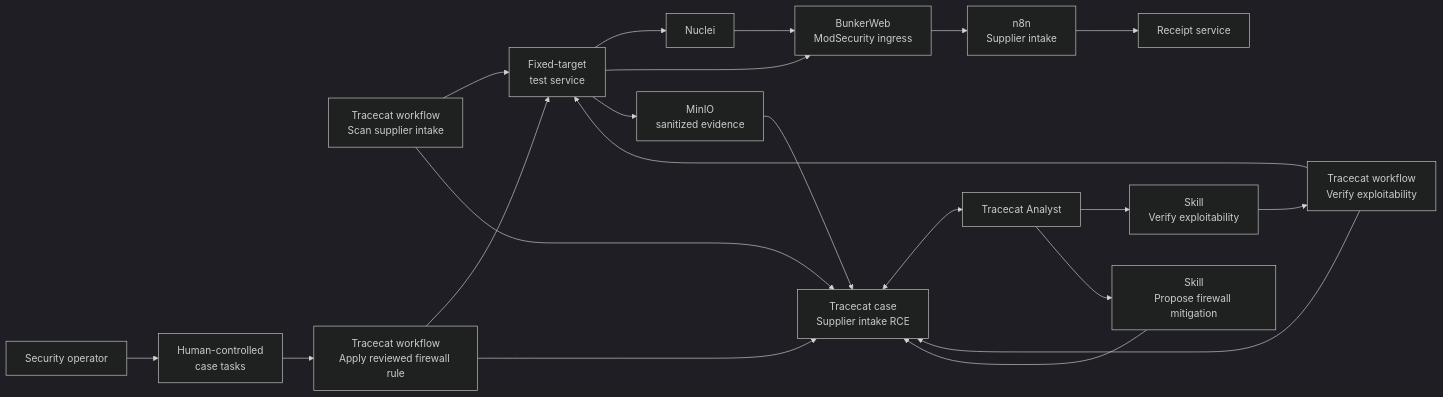
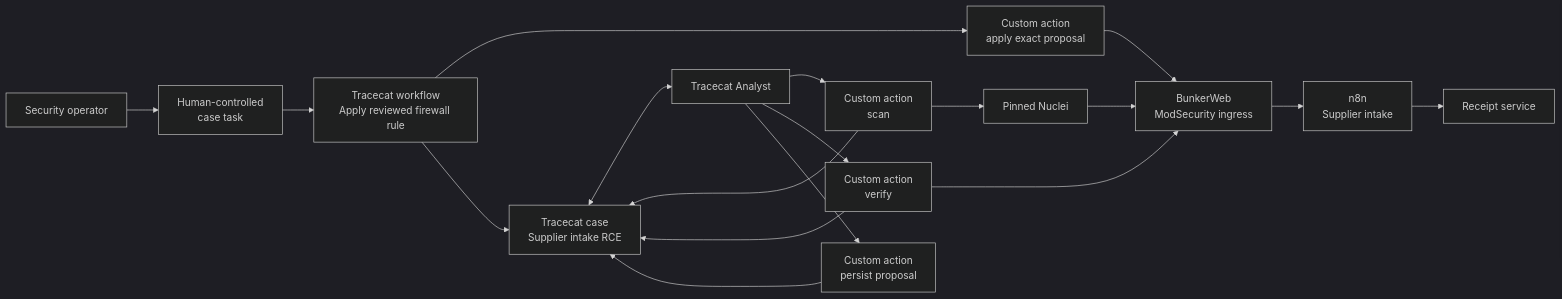
The diagram in 003/README.md (TracecatHQ/gyms), drawn with Mermaid (dark theme) before and after one commit. The commit also changed other lines of this file and 32 other files, not shown here.

````diff
--- a/003/README.md
+++ b/003/README.md
@@ -15,27 +23,20 @@
 ```mermaid
 flowchart LR
-    SW["Tracecat workflow<br/>Scan supplier intake"] --> J
-    SW --> C["Tracecat case<br/>Supplier intake RCE"]
-
-    C <--> A["Tracecat Analyst"]
-    A --> VS["Skill<br/>Verify exploitability"]
-    A --> MS["Skill<br/>Propose firewall mitigation"]
-    MS --> C
-
-    VS --> VW["Tracecat workflow<br/>Verify exploitability"]
-    O["Security operator"] --> T["Human-controlled<br/>case tasks"]
+    C["Tracecat case<br/>Supplier intake RCE"] <--> A["Tracecat Analyst"]
+    A --> S["Custom action<br/>scan"]
+    A --> V["Custom action<br/>verify"]
+    A --> P["Custom action<br/>persist proposal"]
+    S --> N["Pinned Nuclei"]
+    V --> BW["BunkerWeb<br/>ModSecurity ingress"]
+    P --> C
+    O["Security operator"] --> T["Human-controlled<br/>case task"]
     T --> RW["Tracecat workflow<br/>Apply reviewed firewall rule"]
-
-    VW --> J["Fixed-target<br/>test service"]
-    RW --> J
-    J --> N["Nuclei"]
+    RW --> F["Custom action<br/>apply exact proposal"]
+    F --> BW
     N --> BW
-    J --> BW["BunkerWeb<br/>ModSecurity ingress"]
     BW --> N8N["n8n<br/>Supplier intake"]
     N8N --> R["Receipt service"]
-
-    J --> E["MinIO<br/>sanitized evidence"]
-    E --> C
-    VW --> C
+    S --> C
+    V --> C
     RW --> C
 ```
````
